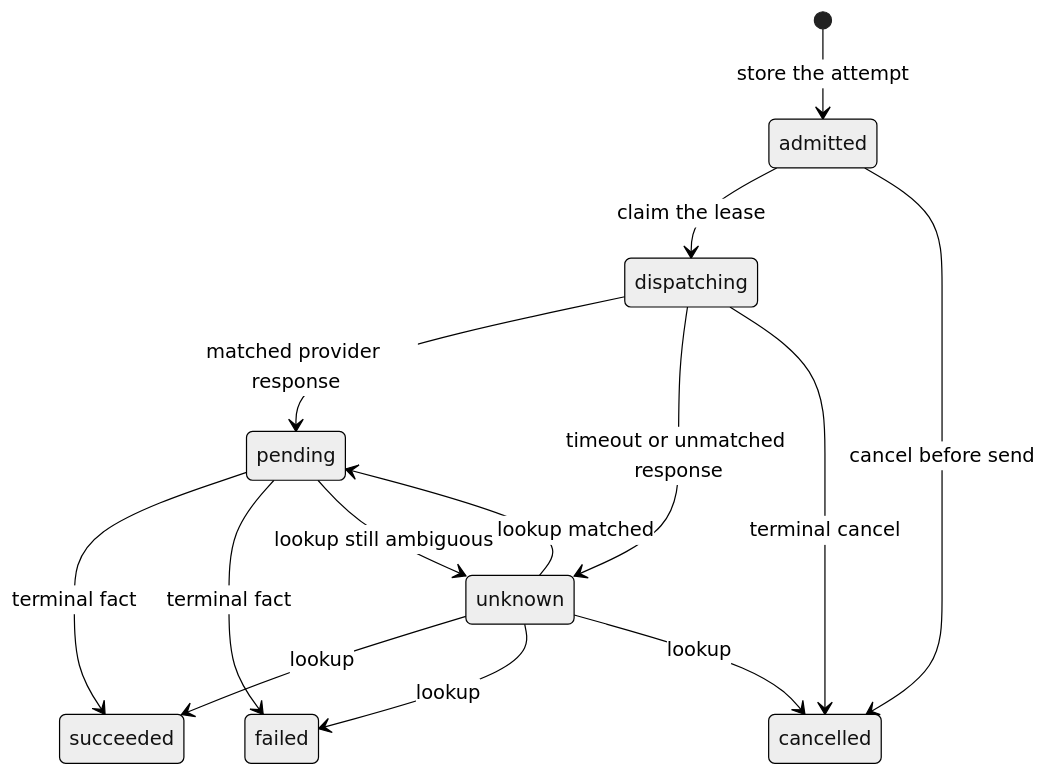
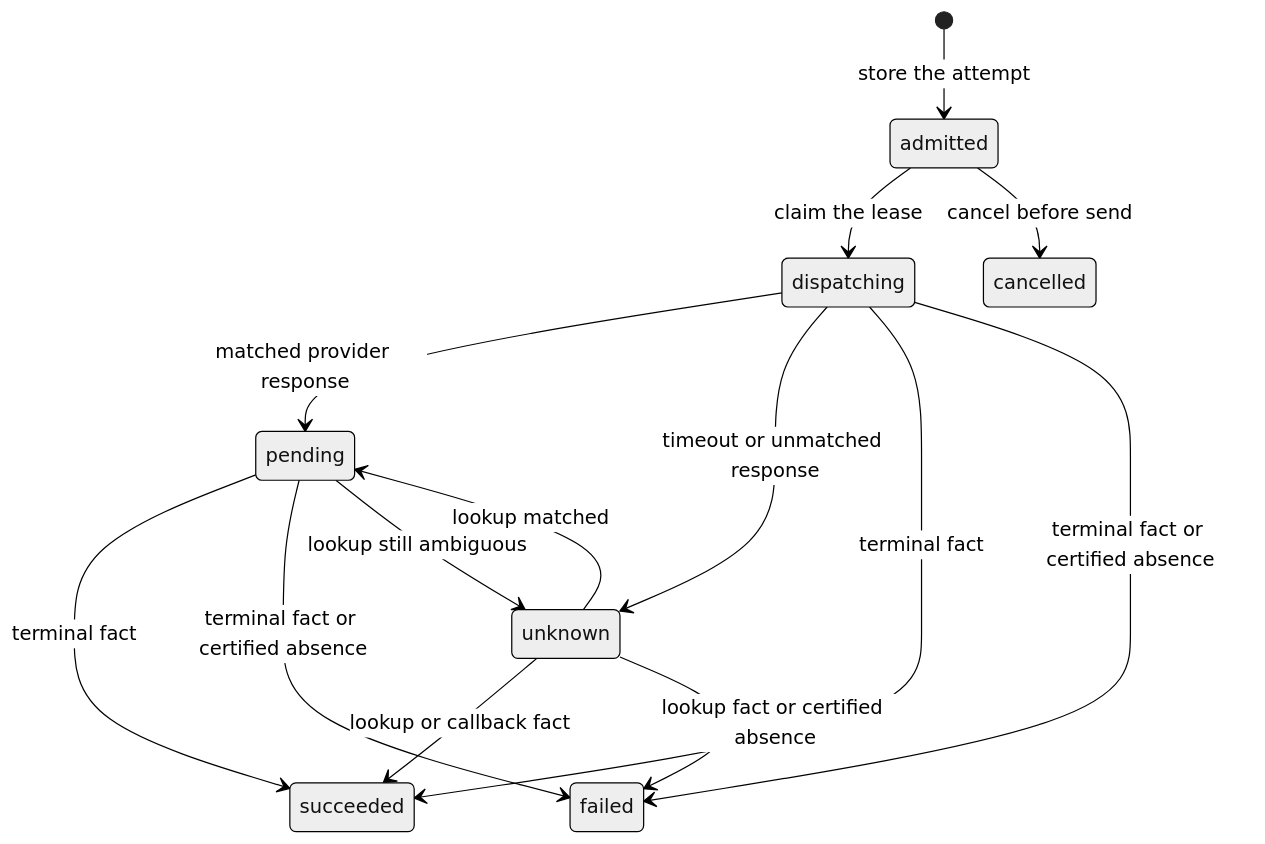
One commit to axiomasoft/billium changed the diagram in docs/operations/execution.md. Above: the diagram before and after it, drawn with Mermaid (neutral theme). The commit also changed 7 other files, not shown here.

Commit message:
fix(ci): restore errexit in gate layers and align execution state diagram

````diff
--- a/docs/operations/execution.md
+++ b/docs/operations/execution.md
@@ -15,16 +15,16 @@
 ```mermaid
 stateDiagram-v2
   [*] --> admitted: store the attempt
   admitted --> dispatching: claim the lease
   admitted --> cancelled: cancel before send
   dispatching --> pending: matched provider response
   dispatching --> unknown: timeout or unmatched response
-  dispatching --> cancelled: terminal cancel
+  dispatching --> succeeded: terminal fact
+  dispatching --> failed: terminal fact or certified absence
   pending --> succeeded: terminal fact
-  pending --> failed: terminal fact
+  pending --> failed: terminal fact or certified absence
   pending --> unknown: lookup still ambiguous
   unknown --> pending: lookup matched
-  unknown --> succeeded: lookup
-  unknown --> failed: lookup
-  unknown --> cancelled: lookup
+  unknown --> succeeded: lookup or callback fact
+  unknown --> failed: lookup fact or certified absence
 ```
````
